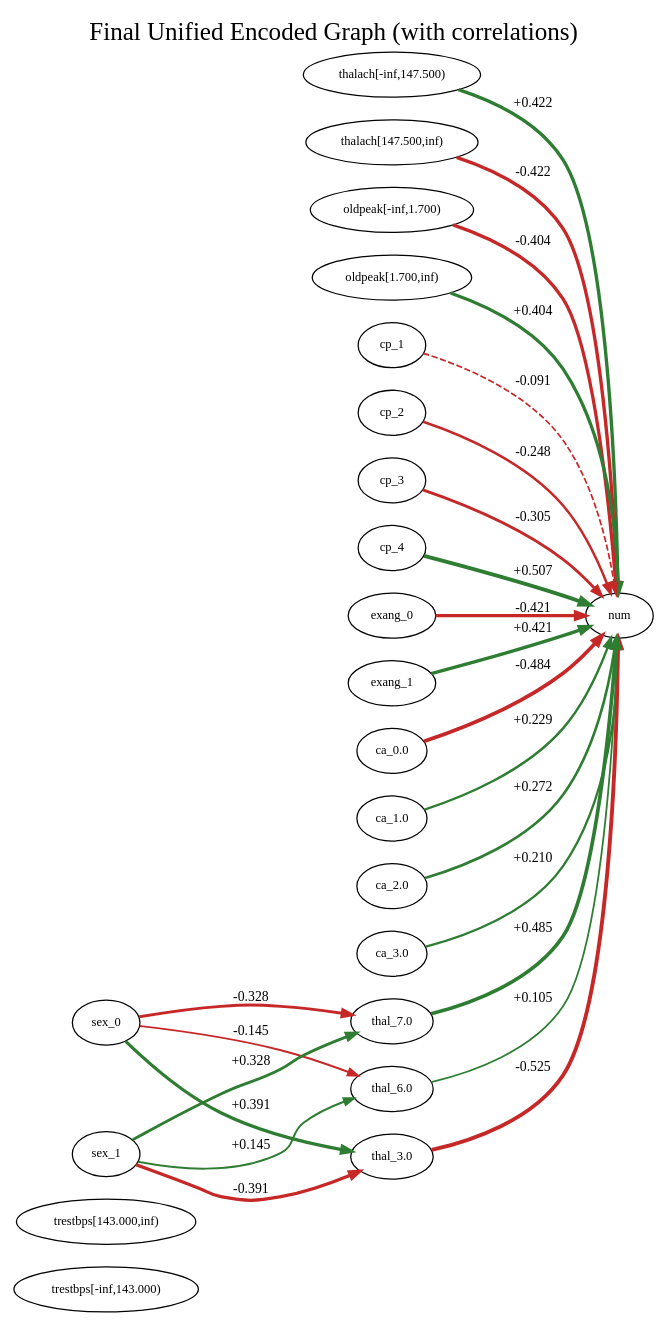
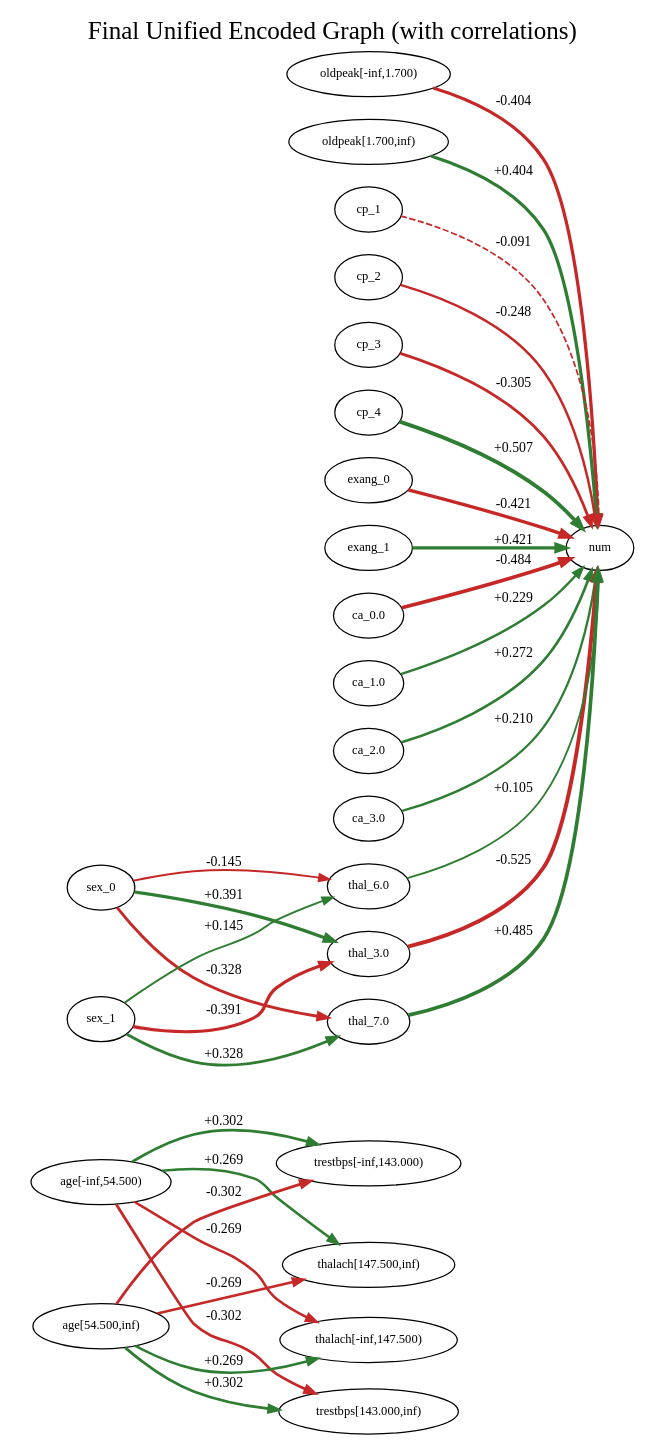
The diagram in causal_argumentation-main/outputs_heart_disease/fci_experiment/final_unified_fci_weighted.dot (AKANEMO22/MedTCAX-Causal-Argumentative-Explainability), drawn with Graphviz before and after one commit. The commit also changed 50 other files, not shown here.

```diff
--- a/causal_argumentation-main/outputs_heart_disease/fci_experiment/final_unified_fci_weighted.dot
+++ b/causal_argumentation-main/outputs_heart_disease/fci_experiment/final_unified_fci_weighted.dot
@@ -1,51 +1,59 @@
 digraph G {
 rankdir=LR;
 label="Final Unified Encoded Graph (with correlations)";
 labelloc=t;
 fontsize=20;
 "trestbps[-inf,143.000)" [shape=ellipse, fontsize=10];
 "trestbps[143.000,inf)" [shape=ellipse, fontsize=10];
 "thalach[-inf,147.500)" [shape=ellipse, fontsize=10];
 "thalach[147.500,inf)" [shape=ellipse, fontsize=10];
 "oldpeak[-inf,1.700)" [shape=ellipse, fontsize=10];
 "oldpeak[1.700,inf)" [shape=ellipse, fontsize=10];
+"age[-inf,54.500)" [shape=ellipse, fontsize=10];
+"age[54.500,inf)" [shape=ellipse, fontsize=10];
 sex_0 [shape=ellipse, fontsize=10];
 sex_1 [shape=ellipse, fontsize=10];
 cp_1 [shape=ellipse, fontsize=10];
 cp_2 [shape=ellipse, fontsize=10];
 cp_3 [shape=ellipse, fontsize=10];
 cp_4 [shape=ellipse, fontsize=10];
 exang_0 [shape=ellipse, fontsize=10];
 exang_1 [shape=ellipse, fontsize=10];
 "ca_0.0" [shape=ellipse, fontsize=10];
 "ca_1.0" [shape=ellipse, fontsize=10];
 "ca_2.0" [shape=ellipse, fontsize=10];
 "ca_3.0" [shape=ellipse, fontsize=10];
 "thal_3.0" [shape=ellipse, fontsize=10];
 "thal_6.0" [shape=ellipse, fontsize=10];
 "thal_7.0" [shape=ellipse, fontsize=10];
 num [shape=ellipse, fontsize=10];
-"thalach[-inf,147.500)" -> num [arrowsize=0.8, label=" +0.422 ", fontsize=11, color="#2e7d32", penwidth=2.6874541376058563];
-"thalach[147.500,inf)" -> num [arrowsize=0.8, label=" -0.422 ", fontsize=11, color="#c62828", penwidth=2.6874541376058563];
 "oldpeak[-inf,1.700)" -> num [arrowsize=0.8, label=" -0.404 ", fontsize=11, color="#c62828", penwidth=2.6156442073879136];
 "oldpeak[1.700,inf)" -> num [arrowsize=0.8, label=" +0.404 ", fontsize=11, color="#2e7d32", penwidth=2.6156442073879136];
+"age[-inf,54.500)" -> "thalach[147.500,inf)" [arrowsize=0.8, label=" +0.269 ", fontsize=11, color="#2e7d32", penwidth=2.0741340208058987];
+"age[-inf,54.500)" -> "trestbps[143.000,inf)" [arrowsize=0.8, label=" -0.302 ", fontsize=11, color="#c62828", penwidth=2.2069895335503915];
+"age[-inf,54.500)" -> "thalach[-inf,147.500)" [arrowsize=0.8, label=" -0.269 ", fontsize=11, color="#c62828", penwidth=2.0741340208058996];
+"age[-inf,54.500)" -> "trestbps[-inf,143.000)" [arrowsize=0.8, label=" +0.302 ", fontsize=11, color="#2e7d32", penwidth=2.2069895335503915];
+"age[54.500,inf)" -> "thalach[147.500,inf)" [arrowsize=0.8, label=" -0.269 ", fontsize=11, color="#c62828", penwidth=2.074134020805899];
+"age[54.500,inf)" -> "trestbps[143.000,inf)" [arrowsize=0.8, label=" +0.302 ", fontsize=11, color="#2e7d32", penwidth=2.2069895335503915];
+"age[54.500,inf)" -> "thalach[-inf,147.500)" [arrowsize=0.8, label=" +0.269 ", fontsize=11, color="#2e7d32", penwidth=2.074134020805899];
+"age[54.500,inf)" -> "trestbps[-inf,143.000)" [arrowsize=0.8, label=" -0.302 ", fontsize=11, color="#c62828", penwidth=2.2069895335503915];
 sex_0 -> "thal_6.0" [arrowsize=0.8, label=" -0.145 ", fontsize=11, color="#c62828", penwidth=1.5814704187295225];
 sex_0 -> "thal_3.0" [arrowsize=0.8, label=" +0.391 ", fontsize=11, color="#2e7d32", penwidth=2.5629184216859295];
 sex_0 -> "thal_7.0" [arrowsize=0.8, label=" -0.328 ", fontsize=11, color="#c62828", penwidth=2.310682531330193];
 sex_1 -> "thal_6.0" [arrowsize=0.8, label=" +0.145 ", fontsize=11, color="#2e7d32", penwidth=1.581470418729523];
 sex_1 -> "thal_3.0" [arrowsize=0.8, label=" -0.391 ", fontsize=11, color="#c62828", penwidth=2.56291842168593];
 sex_1 -> "thal_7.0" [arrowsize=0.8, label=" +0.328 ", fontsize=11, color="#2e7d32", penwidth=2.310682531330192];
 cp_1 -> num [arrowsize=0.8, label=" -0.091 ", fontsize=11, color="#c62828", style=dashed, penwidth=1.3648339979684732];
 cp_2 -> num [arrowsize=0.8, label=" -0.248 ", fontsize=11, color="#c62828", penwidth=1.9901413575981535];
 cp_3 -> num [arrowsize=0.8, label=" -0.305 ", fontsize=11, color="#c62828", penwidth=2.221380086128977];
 cp_4 -> num [arrowsize=0.8, label=" +0.507 ", fontsize=11, color="#2e7d32", penwidth=3.028139926672511];
 exang_0 -> num [arrowsize=0.8, label=" -0.421 ", fontsize=11, color="#c62828", penwidth=2.685421961825812];
 exang_1 -> num [arrowsize=0.8, label=" +0.421 ", fontsize=11, color="#2e7d32", penwidth=2.6854219618258117];
 "ca_0.0" -> num [arrowsize=0.8, label=" -0.484 ", fontsize=11, color="#c62828", penwidth=2.9341209987654198];
 "ca_1.0" -> num [arrowsize=0.8, label=" +0.229 ", fontsize=11, color="#2e7d32", penwidth=1.9158945115554054];
 "ca_2.0" -> num [arrowsize=0.8, label=" +0.272 ", fontsize=11, color="#2e7d32", penwidth=2.089598727696698];
 "ca_3.0" -> num [arrowsize=0.8, label=" +0.210 ", fontsize=11, color="#2e7d32", penwidth=1.8381249455377504];
 "thal_3.0" -> num [arrowsize=0.8, label=" -0.525 ", fontsize=11, color="#c62828", penwidth=3.099887497407961];
 "thal_6.0" -> num [arrowsize=0.8, label=" +0.105 ", fontsize=11, color="#2e7d32", penwidth=1.41860431652912];
 "thal_7.0" -> num [arrowsize=0.8, label=" +0.485 ", fontsize=11, color="#2e7d32", penwidth=2.93862716188729];
 }
```
